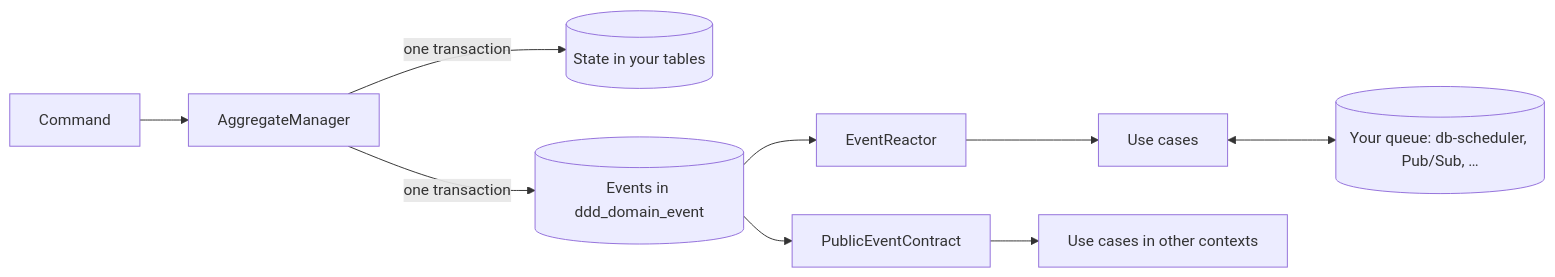
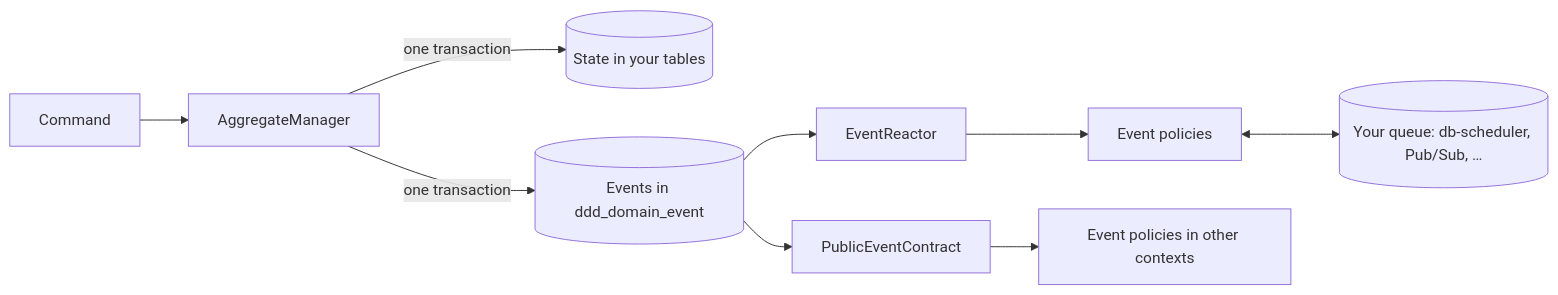
Before and after one commit to DrewEaster/kotmod: the diagram in README.md, drawn with Mermaid. The commit also changed other lines of this file and 31 other files, not shown here.

First line of the commit message:
Rename use cases to event policies (EventPolicy) for 0.3.1

````diff
--- a/README.md
+++ b/README.md
@@ -452,11 +453,11 @@
 ```mermaid
 flowchart LR
     C[Command] --> AM[AggregateManager]
     AM -->|one transaction| S[(State in your tables)]
     AM -->|one transaction| E[(Events in ddd_domain_event)]
     E --> R[EventReactor]
-    R --> U[Use cases]
+    R --> U[Event policies]
     U <--> D[(Your queue: db-scheduler, Pub/Sub, …)]
     E --> P[PublicEventContract]
-    P --> UO[Use cases in other contexts]
+    P --> UO[Event policies in other contexts]
 ```
````
